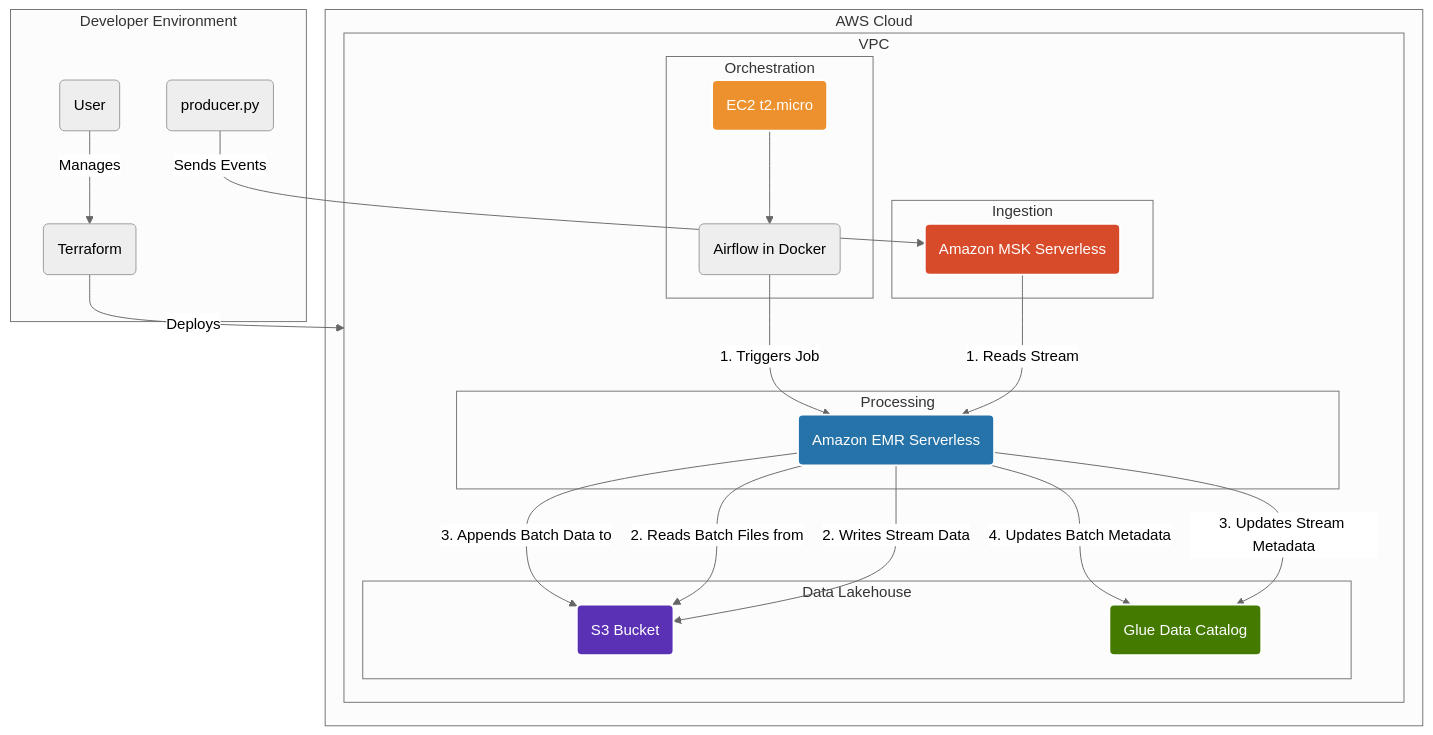
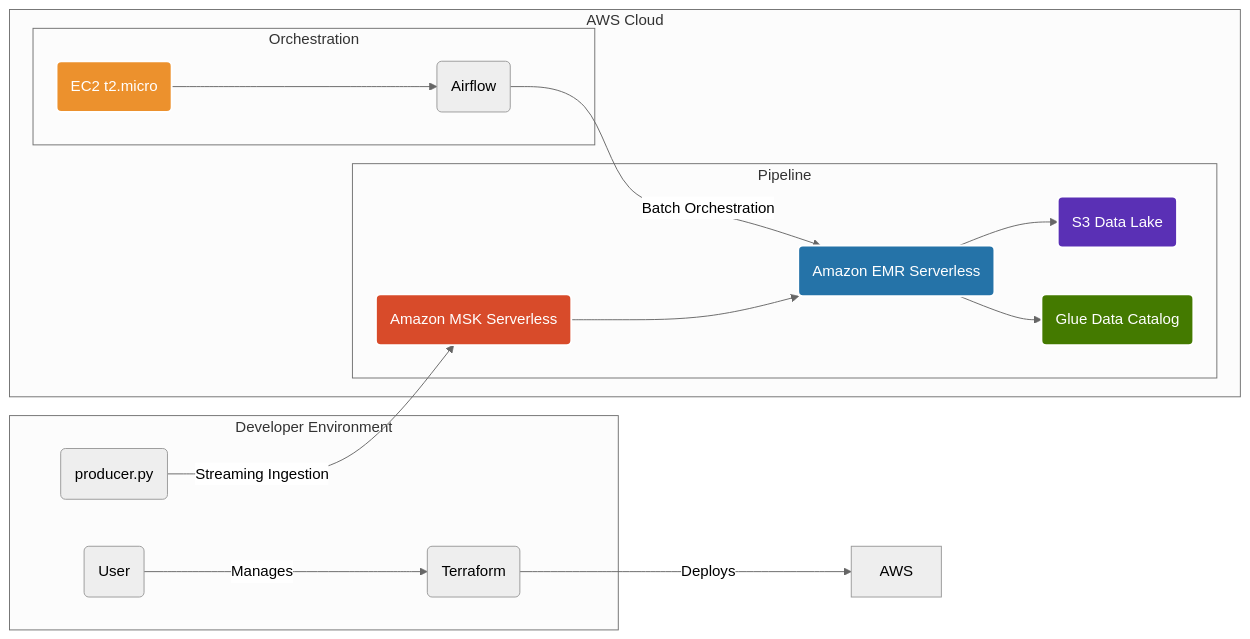
One commit to aakhavan/wikimedia-trend-engine-cloud changed the diagram in README.md. Above: the diagram before and after it, drawn with Mermaid (neutral theme).

````diff
--- a/README.md
+++ b/README.md
@@ -9,54 +9,35 @@
 ```mermaid
-graph TD
+graph LR
     subgraph "Developer Environment"
         User("User")
         Terraform("Terraform")
         Producer("producer.py")
     end
 
     subgraph "AWS Cloud"
-        subgraph "VPC"
-            subgraph "Ingestion"
-                MSK("Amazon MSK Serverless")
-            end
-
-            subgraph "Processing"
-                EMR("Amazon EMR Serverless")
-            end
-
-            subgraph "Orchestration"
-                EC2("EC2 t2.micro") --> Airflow("Airflow in Docker")
-            end
-
-            subgraph "Data Lakehouse"
-                S3("S3 Bucket")
-                Glue("Glue Data Catalog")
-            end
+        subgraph "Orchestration"
+            EC2("EC2 t2.micro") --> Airflow("Airflow")
+        end
+        
+        subgraph "Pipeline"
+            MSK("Amazon MSK Serverless") --> EMR("Amazon EMR Serverless")
+            EMR --> S3("S3 Data Lake")
+            EMR --> Glue("Glue Data Catalog")
         end
     end
 
-    %% Define Top-Level Flows
+    %% Define Flows
     User -- "Manages" --> Terraform
-    Terraform -- "Deploys" --> VPC
-
-    %% Streaming Pipeline Flow
-    Producer -- "Sends Events" --> MSK
-    MSK -- "1. Reads Stream" --> EMR
-    EMR -- "2. Writes Stream Data" --> S3
-    EMR -- "3. Updates Stream Metadata" --> Glue
-
-    %% Batch Pipeline Flow
-    Airflow -- "1. Triggers Job" --> EMR
-    EMR -- "2. Reads Batch Files from" --> S3
-    EMR -- "3. Appends Batch Data to" --> S3
-    EMR -- "4. Updates Batch Metadata" --> Glue
-
+    Terraform -- "Deploys" --> AWS
+    
+    Producer -- "Streaming Ingestion" --> MSK
+    Airflow -- "Batch Orchestration" --> EMR
 
     %% Styling
     style S3 fill:#5A30B5,stroke:#fff,stroke-width:2px,color:#fff
     style Glue fill:#447A00,stroke:#fff,stroke-width:2px,color:#fff
     style MSK fill:#D84B2A,stroke:#fff,stroke-width:2px,color:#fff
     style EMR fill:#2573A8,stroke:#fff,stroke-width:2px,color:#fff
     style EC2 fill:#EC912D,stroke:#fff,stroke-width:2px,color:#fff
 
 ```
````
